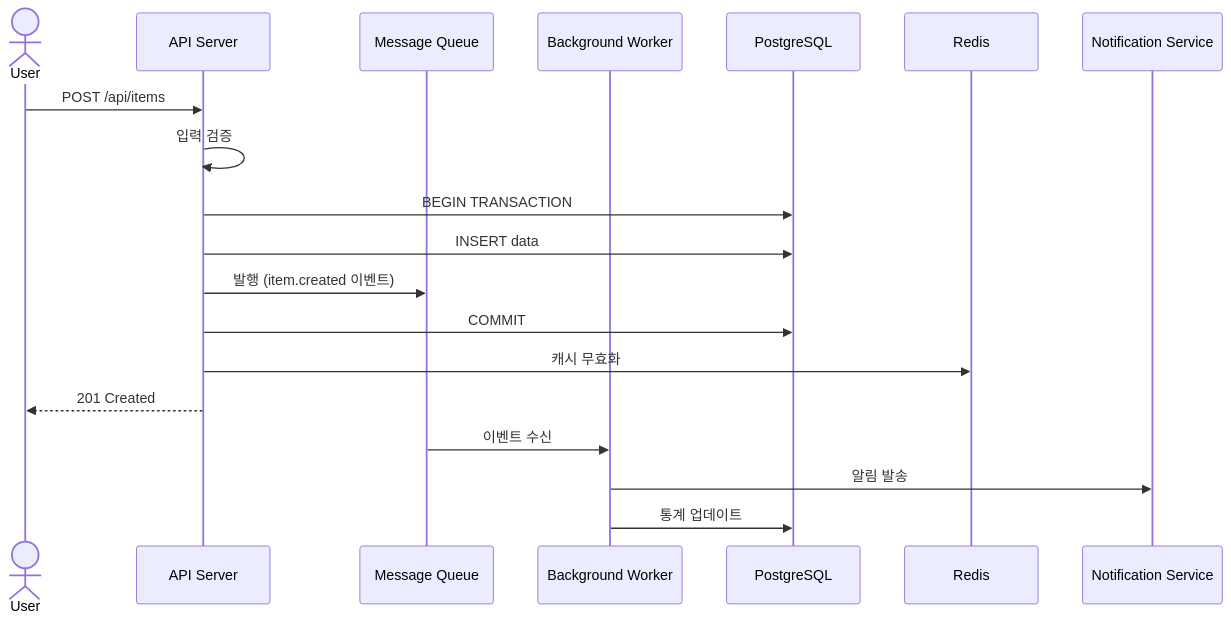
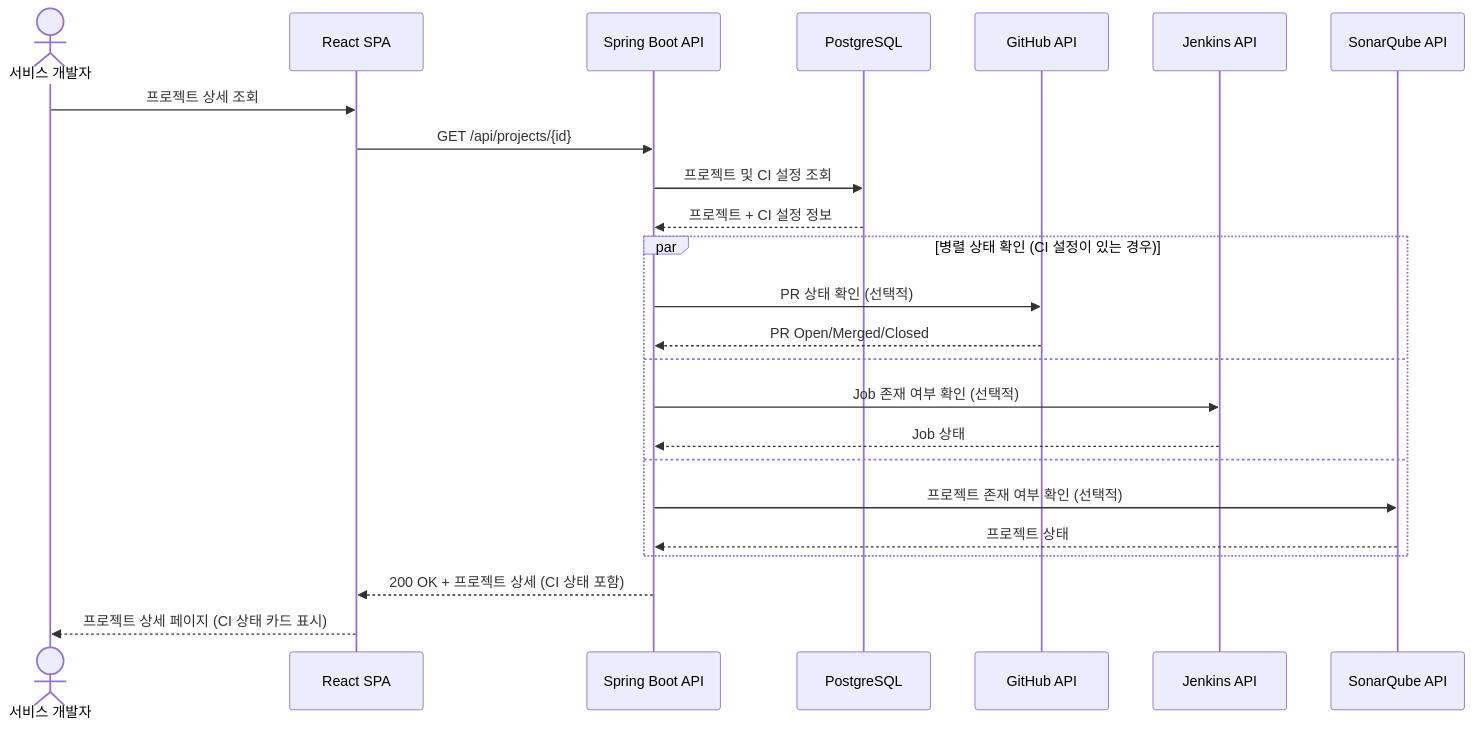
The eighth of 12 diagrams in docs/hld/architecture.md (kost0806/ci-hub), drawn with Mermaid before and after one commit. The commit also changed other lines of this file and 6 other files, not shown here.

````diff
--- a/docs/hld/architecture.md
+++ b/docs/hld/architecture.md
@@ -316,23 +326,29 @@
 ```mermaid
 sequenceDiagram
-    actor User
-    participant API as API Server
-    participant Queue as Message Queue
-    participant Worker as Background Worker
+    actor Developer as 서비스 개발자
+    participant FE as React SPA
+    participant BE as Spring Boot API
     participant DB as PostgreSQL
-    participant Cache as Redis
-    participant Notify as Notification Service
+    participant GH as GitHub API
+    participant JK as Jenkins API
+    participant SQ as SonarQube API
 
-    User->>API: POST /api/items
-    API->>API: 입력 검증
-    API->>DB: BEGIN TRANSACTION
-    API->>DB: INSERT data
-    API->>Queue: 발행 (item.created 이벤트)
-    API->>DB: COMMIT
-    API->>Cache: 캐시 무효화
-    API-->>User: 201 Created
+    Developer->>FE: 프로젝트 상세 조회
+    FE->>BE: GET /api/projects/{id}
+    BE->>DB: 프로젝트 및 CI 설정 조회
+    DB-->>BE: 프로젝트 + CI 설정 정보
 
-    Queue->>Worker: 이벤트 수신
-    Worker->>Notify: 알림 발송
-    Worker->>DB: 통계 업데이트
+    par 병렬 상태 확인 (CI 설정이 있는 경우)
+        BE->>GH: PR 상태 확인 (선택적)
+        GH-->>BE: PR Open/Merged/Closed
+    and
+        BE->>JK: Job 존재 여부 확인 (선택적)
+        JK-->>BE: Job 상태
+    and
+        BE->>SQ: 프로젝트 존재 여부 확인 (선택적)
+        SQ-->>BE: 프로젝트 상태
+    end
+
+    BE-->>FE: 200 OK + 프로젝트 상세 (CI 상태 포함)
+    FE-->>Developer: 프로젝트 상세 페이지 (CI 상태 카드 표시)
 ```
````
